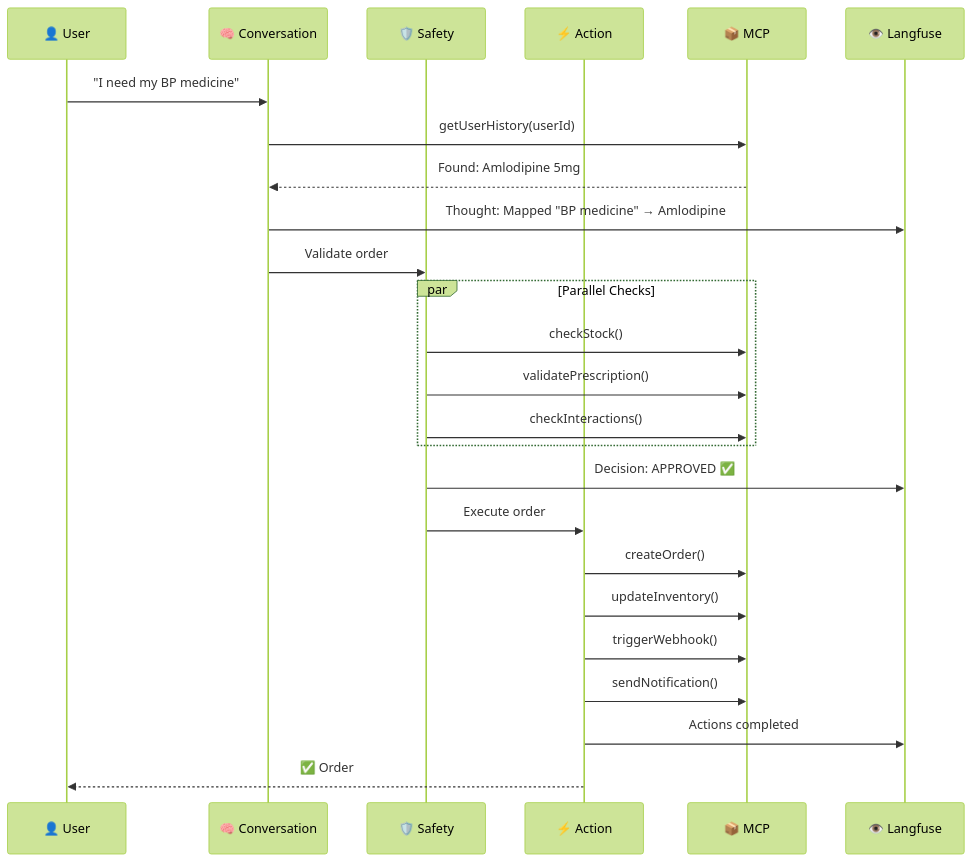
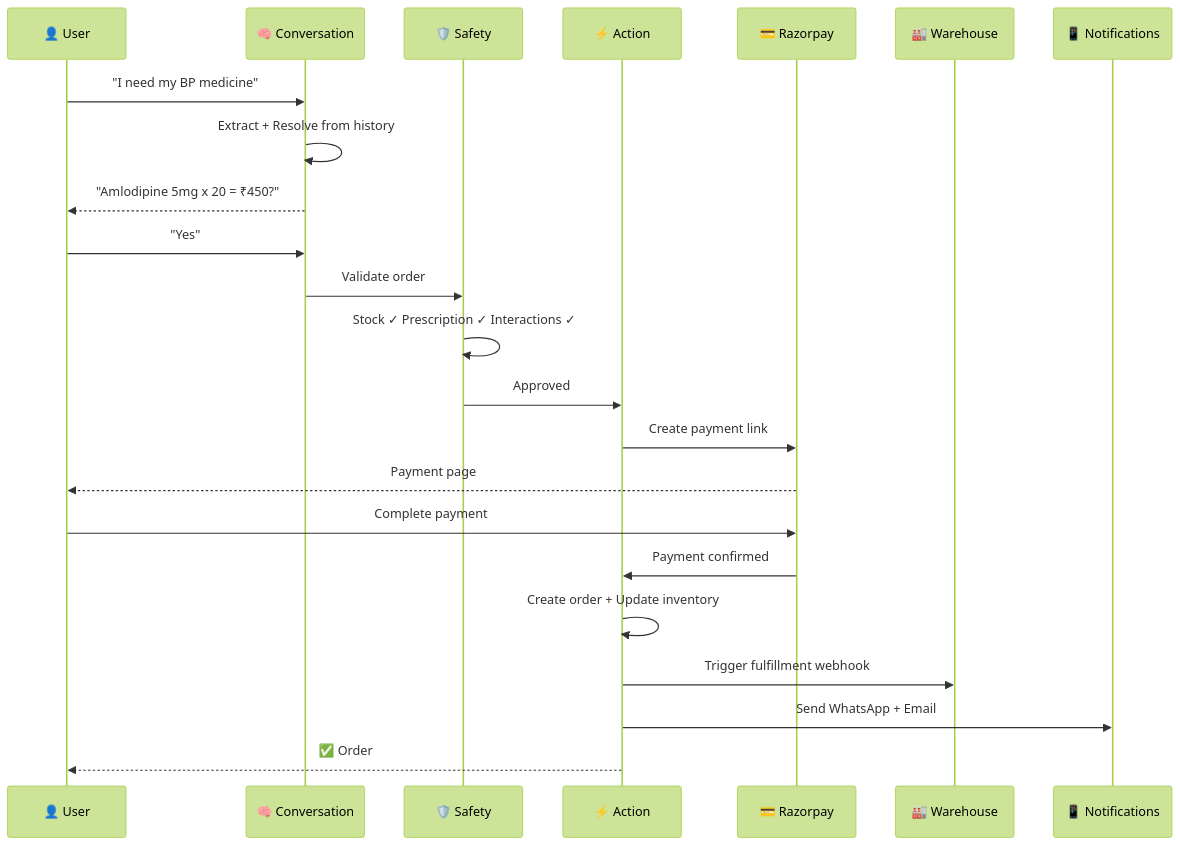
The fourth of 14 diagrams in README.md (kartik-shirale/hackfusion-3), drawn with Mermaid (forest theme) before and after one commit. The commit also changed other lines of this file, not shown here.

````diff
--- a/README.md
+++ b/README.md
@@ -169,33 +210,30 @@
 ```mermaid
 sequenceDiagram
     participant U as 👤 User
     participant CA as 🧠 Conversation
     participant SA as 🛡️ Safety
     participant AA as ⚡ Action
-    participant MCP as 📦 MCP
-    participant LF as 👁️ Langfuse
+    participant PAY as 💳 Razorpay
+    participant WH as 🏭 Warehouse
+    participant N as 📱 Notifications
     
     U->>CA: "I need my BP medicine"
-    CA->>MCP: getUserHistory(userId)
-    MCP-->>CA: Found: Amlodipine 5mg
-    CA->>LF: Thought: Mapped "BP medicine" → Amlodipine
+    CA->>CA: Extract + Resolve from history
+    CA-->>U: "Amlodipine 5mg x 20 = ₹450?"
+    U->>CA: "Yes"
     
     CA->>SA: Validate order
+    SA->>SA: Stock ✓ Prescription ✓ Interactions ✓
+    SA->>AA: Approved
     
-    par Parallel Checks
-        SA->>MCP: checkStock()
-        SA->>MCP: validatePrescription()
-        SA->>MCP: checkInteractions()
-    end
+    AA->>PAY: Create payment link
+    PAY-->>U: Payment page
+    U->>PAY: Complete payment
+    PAY->>AA: Payment confirmed
     
-    SA->>LF: Decision: APPROVED ✅
-    SA->>AA: Execute order
-    
-    AA->>MCP: createOrder()
-    AA->>MCP: updateInventory()
-    AA->>MCP: triggerWebhook()
-    AA->>MCP: sendNotification()
-    AA->>LF: Actions completed
+    AA->>AA: Create order + Update inventory
+    AA->>WH: Trigger fulfillment webhook
+    AA->>N: Send WhatsApp + Email
     
     AA-->>U: ✅ Order #12345 confirmed!
 ```
````
